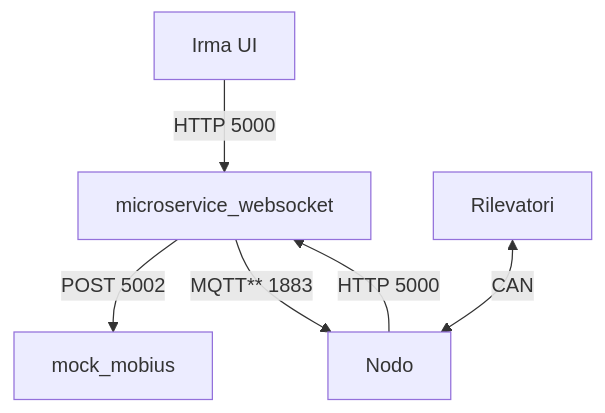
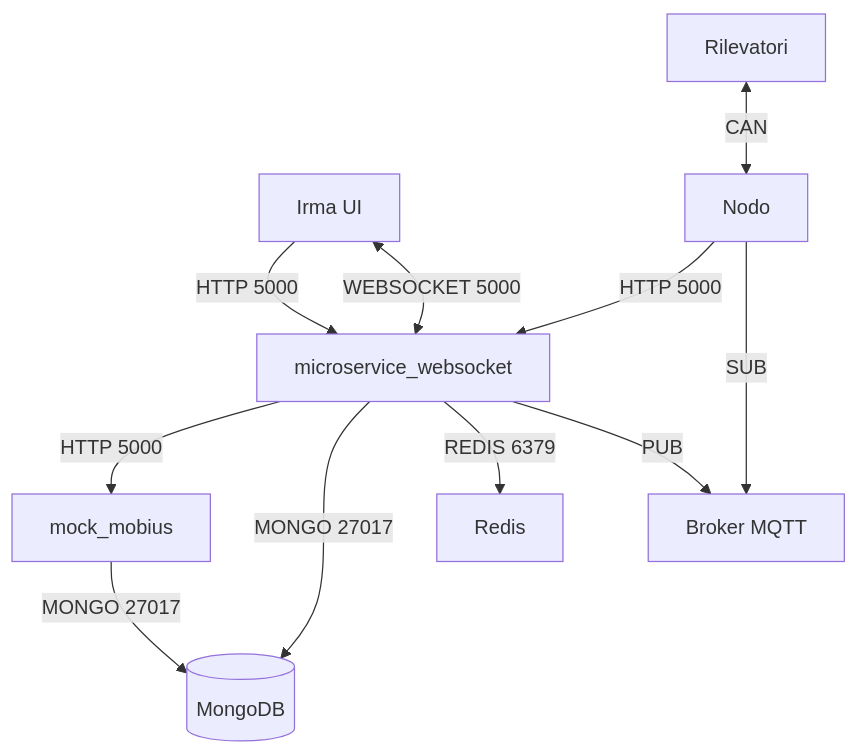
Before and after one commit to monemasrl/irma: the first of 4 diagrams in README.md, drawn with Mermaid. The commit also changed other lines of this file, not shown here.

````diff
--- a/README.md
+++ b/README.md
@@ -18,16 +18,26 @@
 ```mermaid
 flowchart TD;
 
 msw[microservice_websocket]
 mm[mock_mobius]
 irma-ui[Irma UI]
+mqtt[Broker MQTT]
+redis[Redis]
+mongo[(MongoDB)]
 
 nodo[Nodo]
 rilevatori[Rilevatori]
 
-msw -- POST 5002 --> mm
+msw -- HTTP 5000 --> mm
+msw -- MONGO 27017 --> mongo
+mm -- MONGO 27017 --> mongo
 irma-ui -- HTTP 5000 --> msw
 nodo -- HTTP 5000 --> msw
-msw -- MQTT** 1883 --> nodo
+irma-ui <-- WEBSOCKET 5000 --> msw
 rilevatori <-- CAN --> nodo
+msw -- REDIS 6379 --> redis
+
+msw -- PUB --> mqtt
+nodo -- SUB --> mqtt
+
 ```
````
